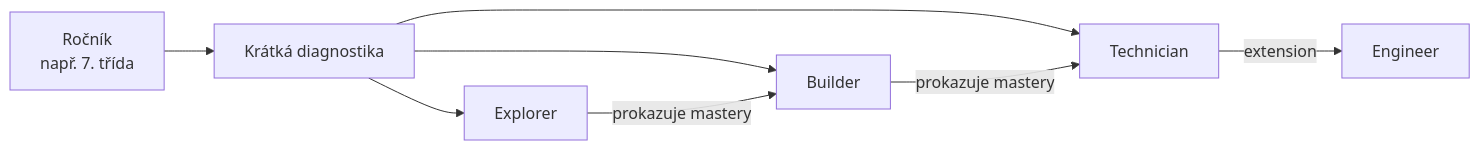
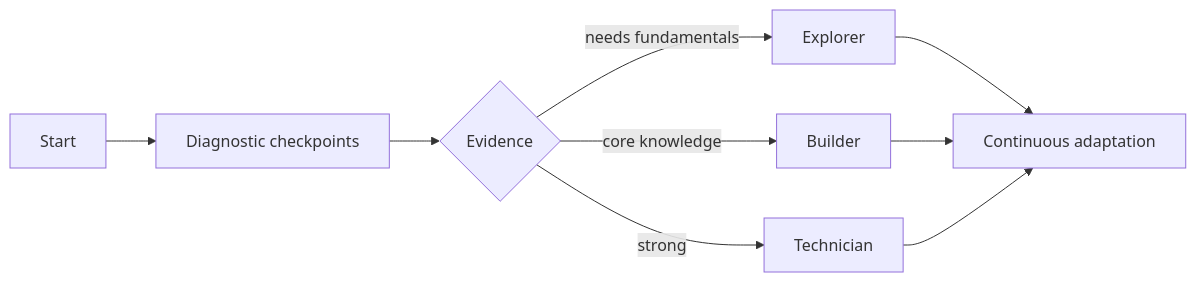
Before and after one commit to KadlecekTomas/SkillStorm: the third of 6 diagrams in docs/interactive-it-lab/README.md, drawn with Mermaid. The commit also changed other lines of this file, not shown here.

````diff
--- a/docs/interactive-it-lab/README.md
+++ b/docs/interactive-it-lab/README.md
@@ -215,10 +317,11 @@
 ```mermaid
 flowchart LR
-    G[Ročník\nnapř. 7. třída] --> D[Krátká diagnostika]
-    D --> E[Explorer]
-    D --> B[Builder]
-    D --> T[Technician]
-    E -->|prokazuje mastery| B
-    B -->|prokazuje mastery| T
-    T -->|extension| X[Engineer]
+    A[Start] --> B[Diagnostic checkpoints]
+    B --> C{Evidence}
+    C -->|needs fundamentals| D[Explorer]
+    C -->|core knowledge| E[Builder]
+    C -->|strong| F[Technician]
+    D --> G[Continuous adaptation]
+    E --> G
+    F --> G
 ```
````
